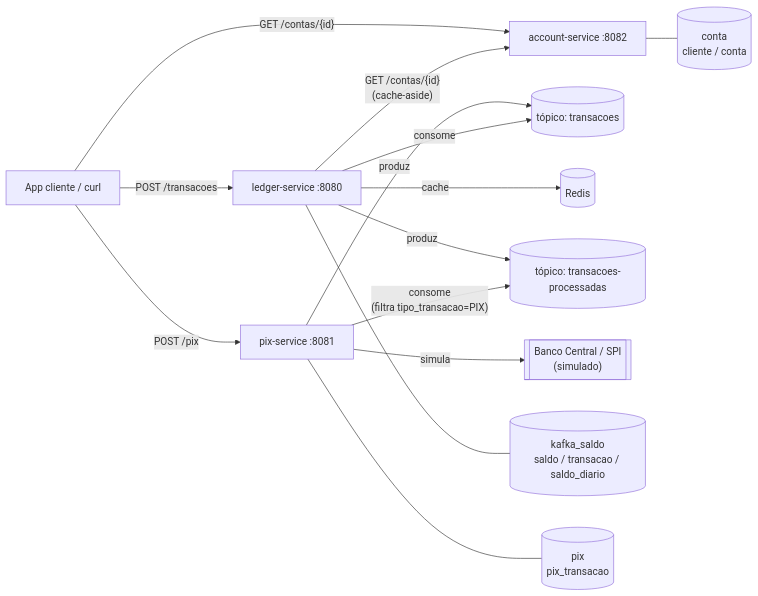
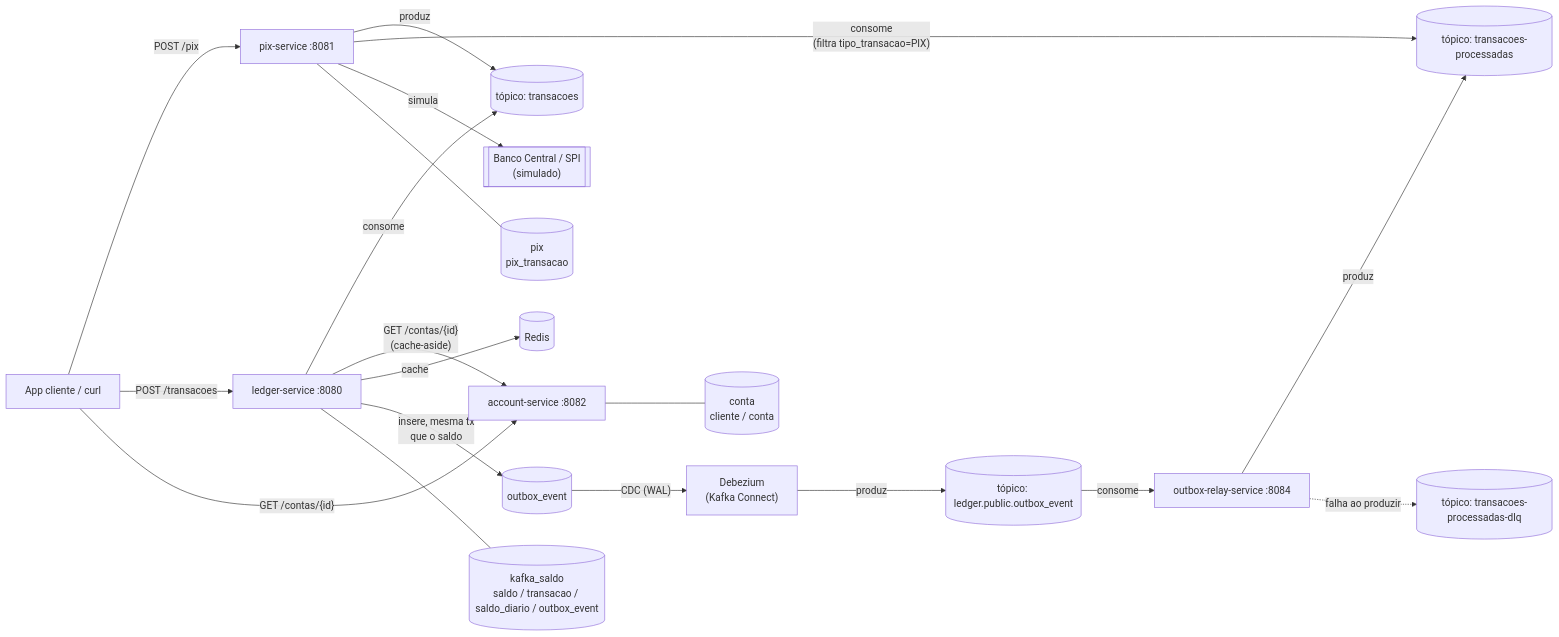
The first of 2 diagrams in README.md (lucianoft/banco-digital-kafka), drawn with Mermaid before and after one commit. The commit also changed other lines of this file and 147 other files, not shown here.

Commit message:
feature/outbox-debezium-cdc

````diff
--- a/README.md
+++ b/README.md
@@ -24,22 +26,27 @@
 ```mermaid
 flowchart LR
     Cliente["App cliente / curl"]
 
     Cliente -->|"POST /pix"| PIX["pix-service :8081"]
     Cliente -->|"POST /transacoes"| LEDGER["ledger-service :8080"]
     Cliente -->|"GET /contas/{id}"| CONTA["account-service :8082"]
 
     PIX -->|produz| T[("tópico: transacoes")]
     LEDGER -->|consome| T
 
     LEDGER -->|"GET /contas/{id}<br/>(cache-aside)"| CONTA
     LEDGER -->|cache| REDIS[("Redis")]
 
-    LEDGER -->|produz| TP[("tópico: transacoes-processadas")]
+    LEDGER -->|"insere, mesma tx<br/>que o saldo"| OUTBOX[("outbox_event")]
+    OUTBOX -->|"CDC (WAL)"| DBZ["Debezium<br/>(Kafka Connect)"]
+    DBZ -->|produz| CDCT[("tópico: ledger.public.outbox_event")]
+    CDCT -->|consome| RELAY["outbox-relay-service :8084"]
+    RELAY -->|produz| TP[("tópico: transacoes-processadas")]
+    RELAY -.->|"falha ao produzir"| TPDLQ[("tópico: transacoes-processadas-dlq")]
     PIX -->|"consome<br/>(filtra tipo_transacao=PIX)"| TP
     PIX -->|simula| BACEN[["Banco Central / SPI<br/>(simulado)"]]
 
-    LEDGER --- DBL[("kafka_saldo<br/>saldo / transacao / saldo_diario")]
+    LEDGER --- DBL[("kafka_saldo<br/>saldo / transacao / saldo_diario / outbox_event")]
     CONTA --- DBC[("conta<br/>cliente / conta")]
     PIX --- DBP[("pix<br/>pix_transacao")]
 ```
````
